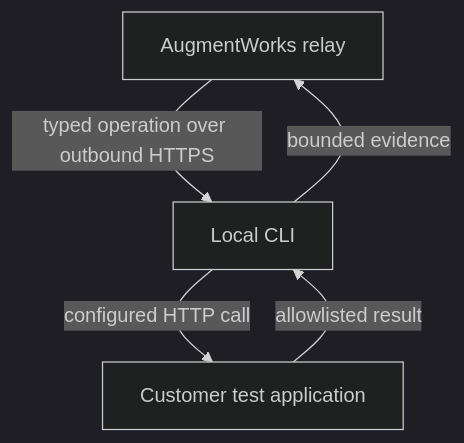
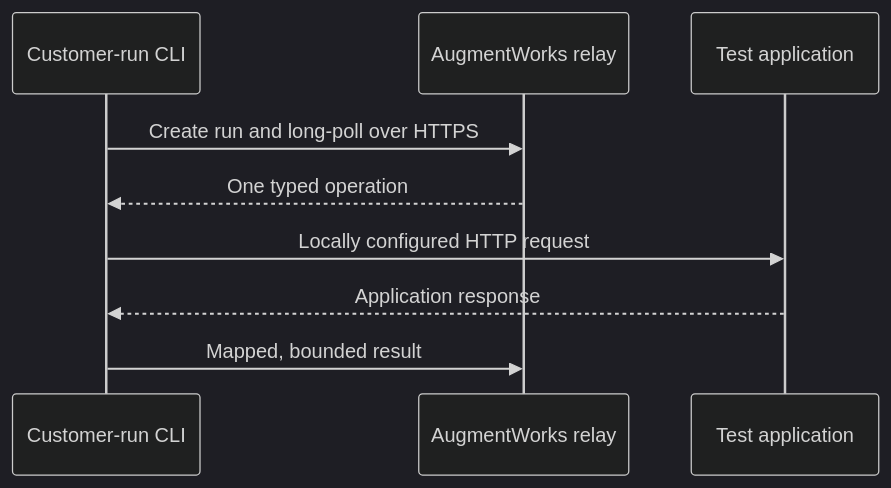
The diagram in README.md (jeffskafi/augmentworks-cli), drawn with Mermaid (dark theme) before and after one commit. The commit also changed other lines of this file, not shown here.

Commit message:
docs: rewrite CLI package quickstart and trust copy

````diff
--- a/README.md
+++ b/README.md
@@ -130,7 +141,11 @@
 ```mermaid
-flowchart TD
-    Cloud["AugmentWorks relay"] -->|"typed operation over outbound HTTPS"| CLI["Local CLI"]
-    CLI -->|"configured HTTP call"| App["Customer test application"]
-    App -->|"allowlisted result"| CLI
-    CLI -->|"bounded evidence"| Cloud
+sequenceDiagram
+    participant CLI as Customer-run CLI
+    participant Cloud as AugmentWorks relay
+    participant App as Test application
+    CLI->>Cloud: Create run and long-poll over HTTPS
+    Cloud-->>CLI: One typed operation
+    CLI->>App: Locally configured HTTP request
+    App-->>CLI: Application response
+    CLI->>Cloud: Mapped, bounded result
 ```
````
